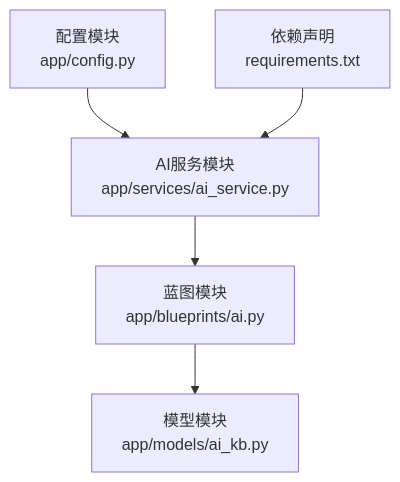
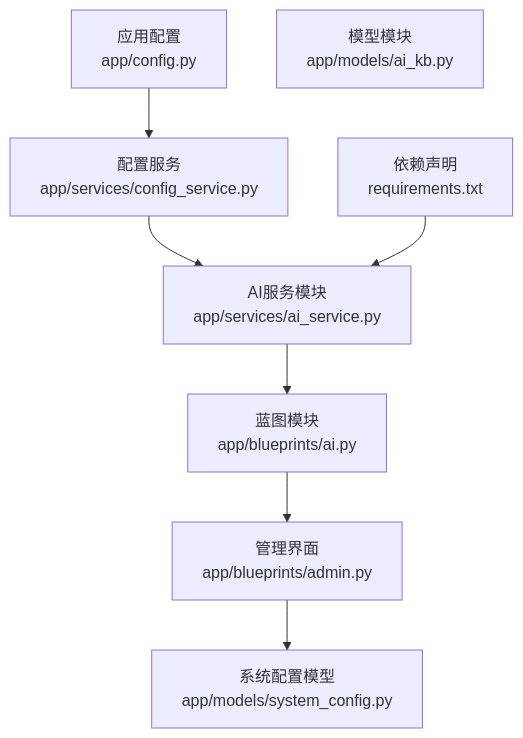
The first of 8 diagrams in .qoder/repowiki/zh/content/配置管理/AI服务配置.md (beyondalbert/my_wiki), drawn with Mermaid before and after one commit. The commit also changed other lines of this file and 5 other files, not shown here.

````diff
--- a/.qoder/repowiki/zh/content/配置管理/AI服务配置.md
+++ b/.qoder/repowiki/zh/content/配置管理/AI服务配置.md
@@ -39,12 +55,17 @@
 ```mermaid
 graph TB
-CFG["配置模块<br/>app/config.py"]
+CFG["应用配置<br/>app/config.py"]
+CS["配置服务<br/>app/services/config_service.py"]
 SVC["AI服务模块<br/>app/services/ai_service.py"]
 BP["蓝图模块<br/>app/blueprints/ai.py"]
+ADMIN["管理界面<br/>app/blueprints/admin.py"]
 MODELS["模型模块<br/>app/models/ai_kb.py"]
+SYS["系统配置模型<br/>app/models/system_config.py"]
 REQ["依赖声明<br/>requirements.txt"]
-CFG --> SVC
+CFG --> CS
+CS --> SVC
 SVC --> BP
-BP --> MODELS
+BP --> ADMIN
+ADMIN --> SYS
 REQ --> SVC
 ```
````
